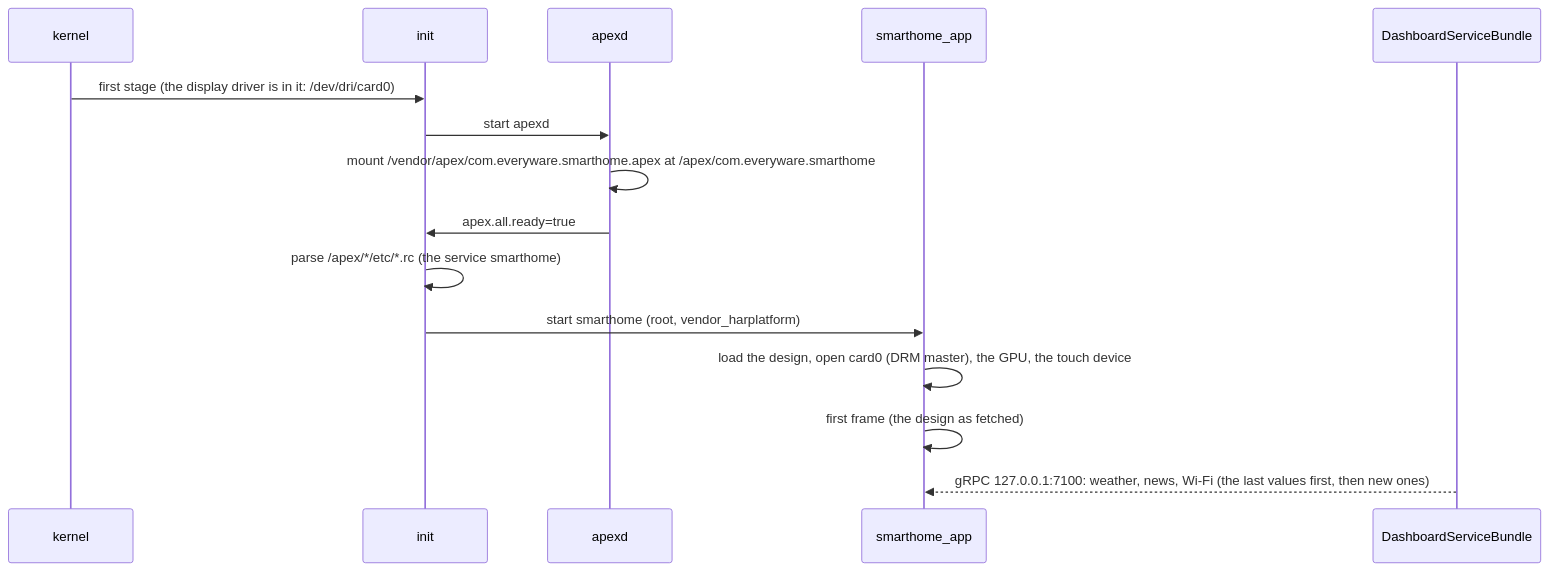
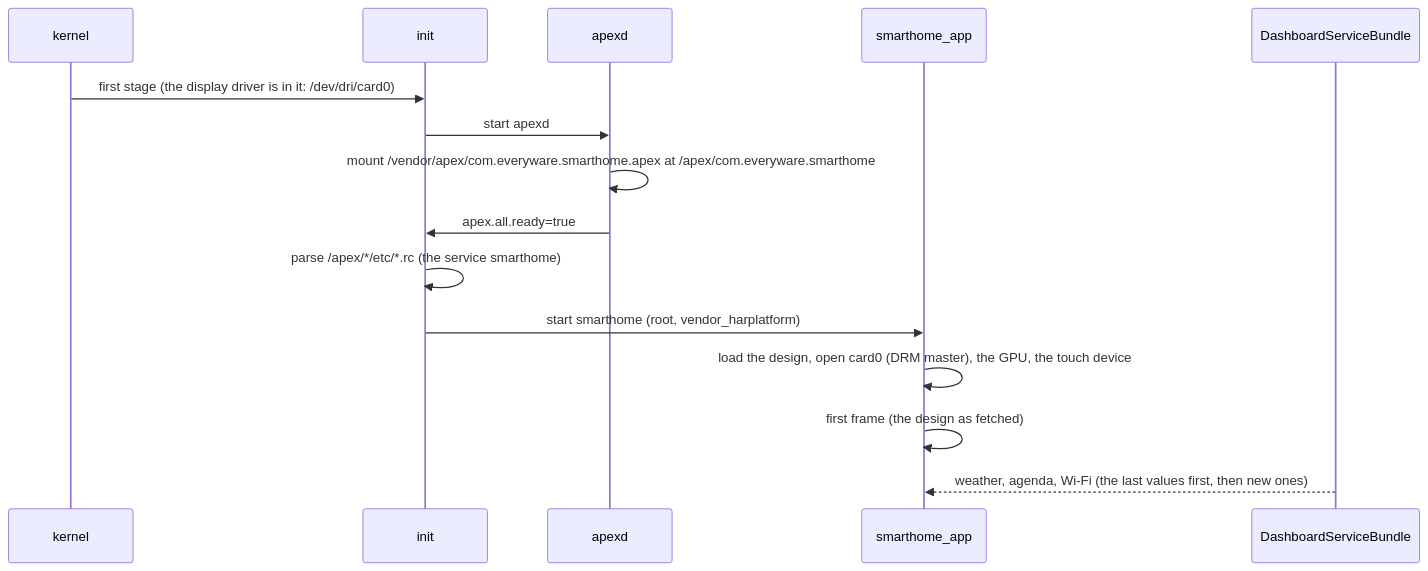
One commit to sdv-everyware/everyware changed the second of 3 diagrams in docs/concepts/9-starting-the-app.md. Above: the diagram before and after it, drawn with Mermaid. The commit also changed other lines of this file and 7 other files, not shown here.

````diff
--- a/docs/concepts/9-starting-the-app.md
+++ b/docs/concepts/9-starting-the-app.md
@@ -74,17 +74,17 @@
 ```mermaid
 sequenceDiagram
     participant K as kernel
     participant I as init
     participant A as apexd
     participant S as smarthome_app
     participant D as DashboardServiceBundle
     K->>I: first stage (the display driver is in it: /dev/dri/card0)
     I->>A: start apexd
     A->>A: mount /vendor/apex/com.everyware.smarthome.apex at /apex/com.everyware.smarthome
     A->>I: apex.all.ready=true
     I->>I: parse /apex/*/etc/*.rc (the service smarthome)
     I->>S: start smarthome (root, vendor_harplatform)
     S->>S: load the design, open card0 (DRM master), the GPU, the touch device
     S->>S: first frame (the design as fetched)
-    D-->>S: gRPC 127.0.0.1:7100: weather, news, Wi-Fi (the last values first, then new ones)
+    D-->>S: weather, agenda, Wi-Fi (the last values first, then new ones)
 ```
````
